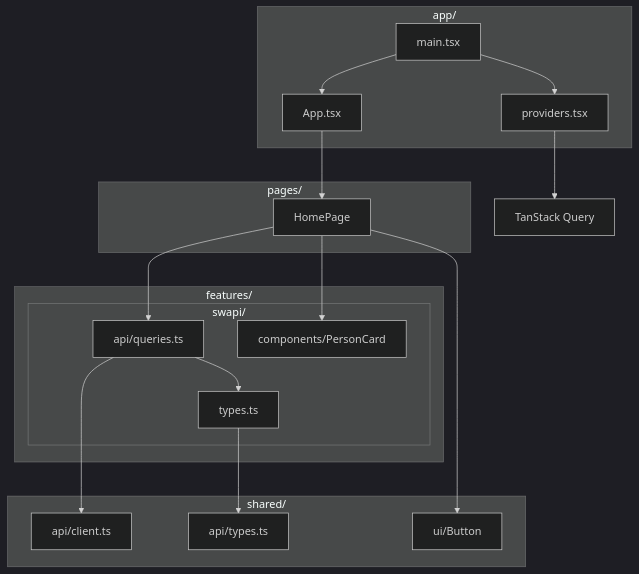
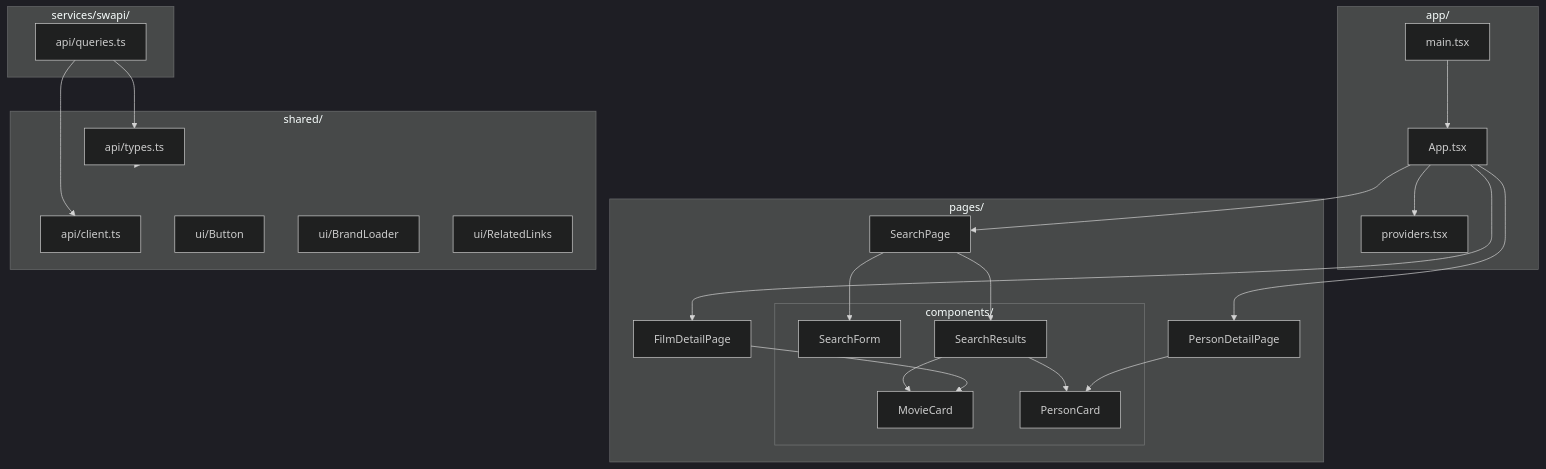
The diagram in frontend/README.md (ga987123/lawnstarter), drawn with Mermaid (dark theme) before and after one commit. The commit also changed other lines of this file and 34 other files, not shown here.

````diff
--- a/frontend/README.md
+++ b/frontend/README.md
@@ -9,40 +42,49 @@
 ```mermaid
 graph TB
-  subgraph pages ["pages/"]
-    HomePage["HomePage"]
+  subgraph app ["app/"]
+    Main["main.tsx"]
+    App["App.tsx"]
+    Providers["providers.tsx"]
   end
 
-  subgraph features ["features/"]
-    subgraph swapi ["swapi/"]
-      SwapiQueries["api/queries.ts"]
-      PersonCard["components/PersonCard"]
-      SwapiTypes["types.ts"]
+  subgraph pages ["pages/"]
+    SearchPage["SearchPage"]
+    PersonDetailPage["PersonDetailPage"]
+    FilmDetailPage["FilmDetailPage"]
+    subgraph pageComponents ["components/"]
+      SearchForm["SearchForm"]
+      SearchResults["SearchResults"]
+      MovieCard["MovieCard"]
+      PersonCard["PersonCard"]
     end
+  end
+
+  subgraph services ["services/swapi/"]
+    Queries["api/queries.ts"]
   end
 
   subgraph shared ["shared/"]
     ApiClient["api/client.ts"]
     ApiTypes["api/types.ts"]
     Button["ui/Button"]
-  end
-
-  subgraph appModule ["app/"]
-    App["App.tsx"]
-    Providers["providers.tsx"]
-    Main["main.tsx"]
+    BrandLoader["ui/BrandLoader"]
+    RelatedLinks["ui/RelatedLinks"]
   end
 
   Main --> App
-  Main --> Providers
-  App --> HomePage
+  App --> Providers
+  App --> SearchPage
+  App --> PersonDetailPage
+  App --> FilmDetailPage
 
-  HomePage --> Button
-  HomePage --> SwapiQueries
-  HomePage --> PersonCard
+  SearchPage --> SearchForm
+  SearchPage --> SearchResults
+  SearchResults --> MovieCard
+  SearchResults --> PersonCard
+  PersonDetailPage --> PersonCard
+  FilmDetailPage --> MovieCard
 
-  SwapiQueries --> ApiClient
-  SwapiQueries --> SwapiTypes
-  SwapiTypes --> ApiTypes
-
-  Providers --> TanStack["TanStack Query"]
+  Queries --> ApiClient
+  Queries --> ApiTypes
+  ApiTypes --> shared
 ```
````
